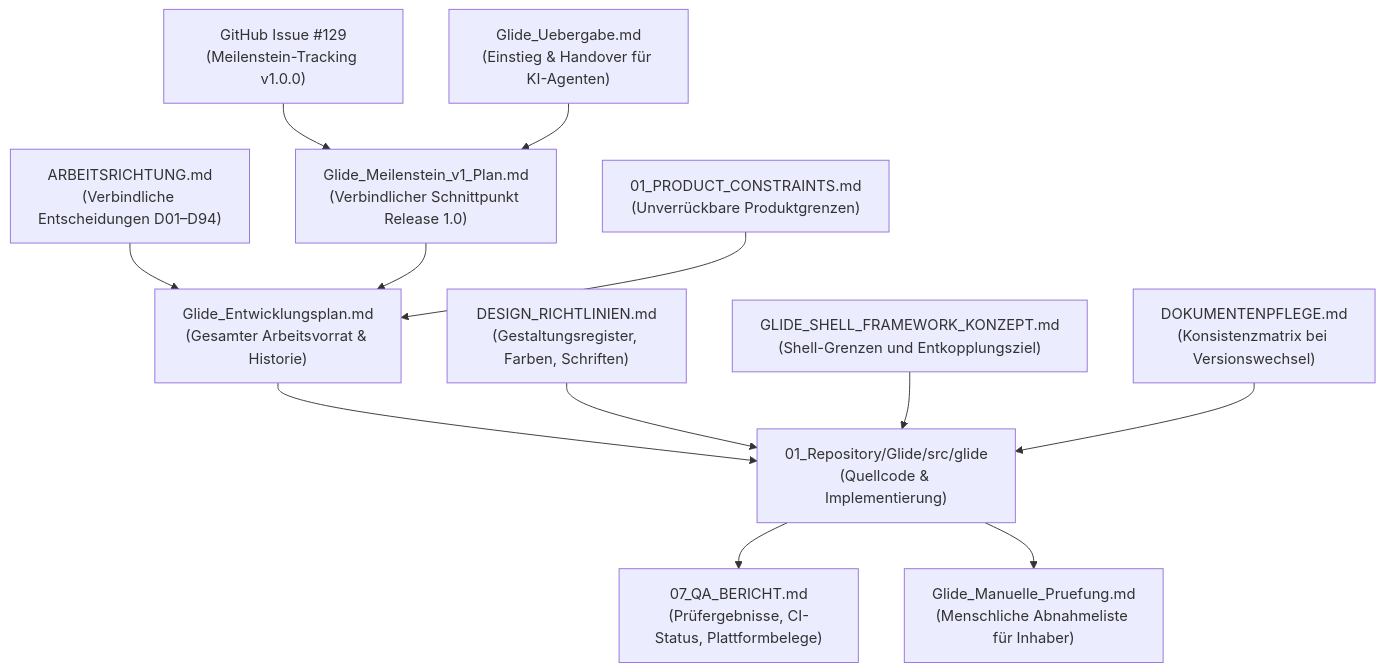
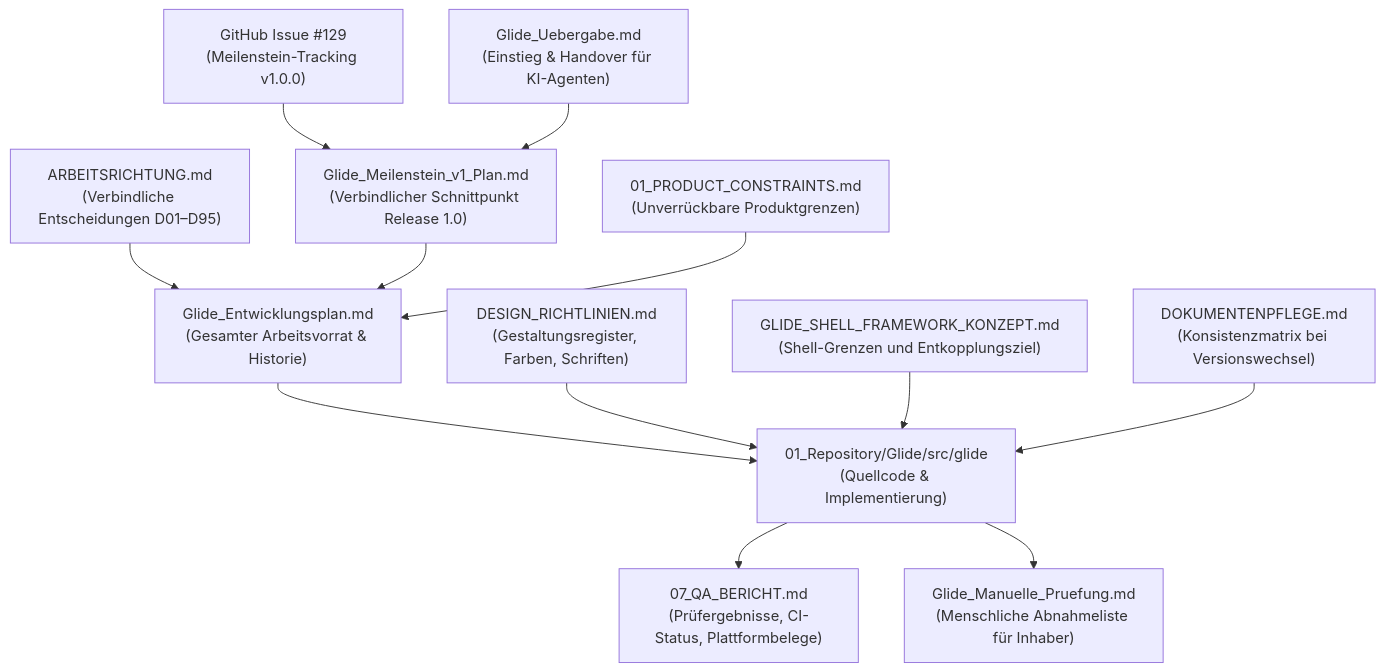
One commit to n05a-design/glide-to-do changed the first of 2 diagrams in 00_Arbeitsvorbereitung/Glide_Uebergabe.md. Above: the diagram before and after it, drawn with Mermaid. The commit also changed other lines of this file and 38 other files, not shown here.

````diff
--- a/00_Arbeitsvorbereitung/Glide_Uebergabe.md
+++ b/00_Arbeitsvorbereitung/Glide_Uebergabe.md
@@ -66,14 +66,14 @@
 ```mermaid
 flowchart TD
-    AR["ARBEITSRICHTUNG.md<br/>(Verbindliche Entscheidungen D01–D94)"] --> EP["Glide_Entwicklungsplan.md<br/>(Gesamter Arbeitsvorrat & Historie)"]
+    AR["ARBEITSRICHTUNG.md<br/>(Verbindliche Entscheidungen D01–D95)"] --> EP["Glide_Entwicklungsplan.md<br/>(Gesamter Arbeitsvorrat & Historie)"]
     MPLAN["Glide_Meilenstein_v1_Plan.md<br/>(Verbindlicher Schnittpunkt Release 1.0)"] --> EP
     ISSUE["GitHub Issue #129<br/>(Meilenstein-Tracking v1.0.0)"] --> MPLAN
     PC["01_PRODUCT_CONSTRAINTS.md<br/>(Unverrückbare Produktgrenzen)"] --> EP
     EP --> PROD["01_Repository/Glide/src/glide<br/>(Quellcode & Implementierung)"]
     DR["DESIGN_RICHTLINIEN.md<br/>(Gestaltungsregister, Farben, Schriften)"] --> PROD
     SK["GLIDE_SHELL_FRAMEWORK_KONZEPT.md<br/>(Shell-Grenzen und Entkopplungsziel)"] --> PROD
     PROD --> QA["07_QA_BERICHT.md<br/>(Prüfergebnisse, CI-Status, Plattformbelege)"]
     PROD --> MAN["Glide_Manuelle_Pruefung.md<br/>(Menschliche Abnahmeliste für Inhaber)"]
     DP["DOKUMENTENPFLEGE.md<br/>(Konsistenzmatrix bei Versionswechsel)"] --> PROD
     UEB["Glide_Uebergabe.md<br/>(Einstieg & Handover für KI-Agenten)"] --> MPLAN
 ```
````
